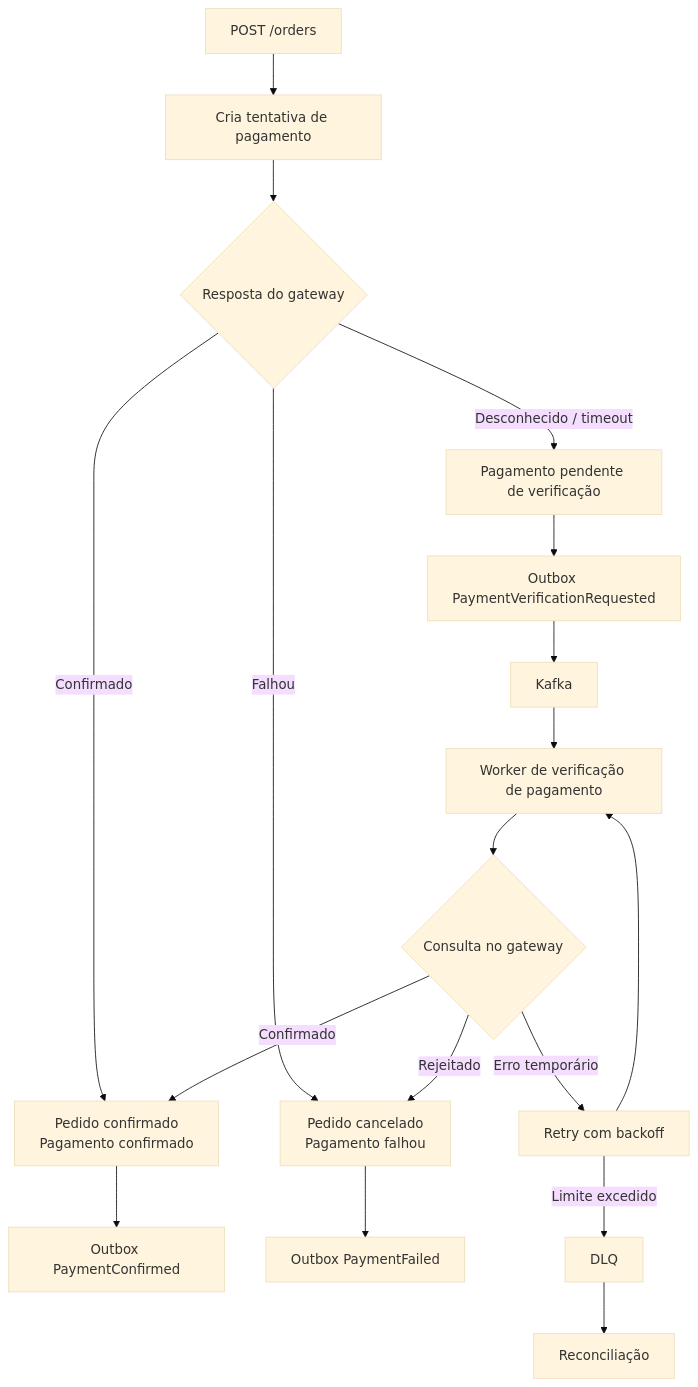
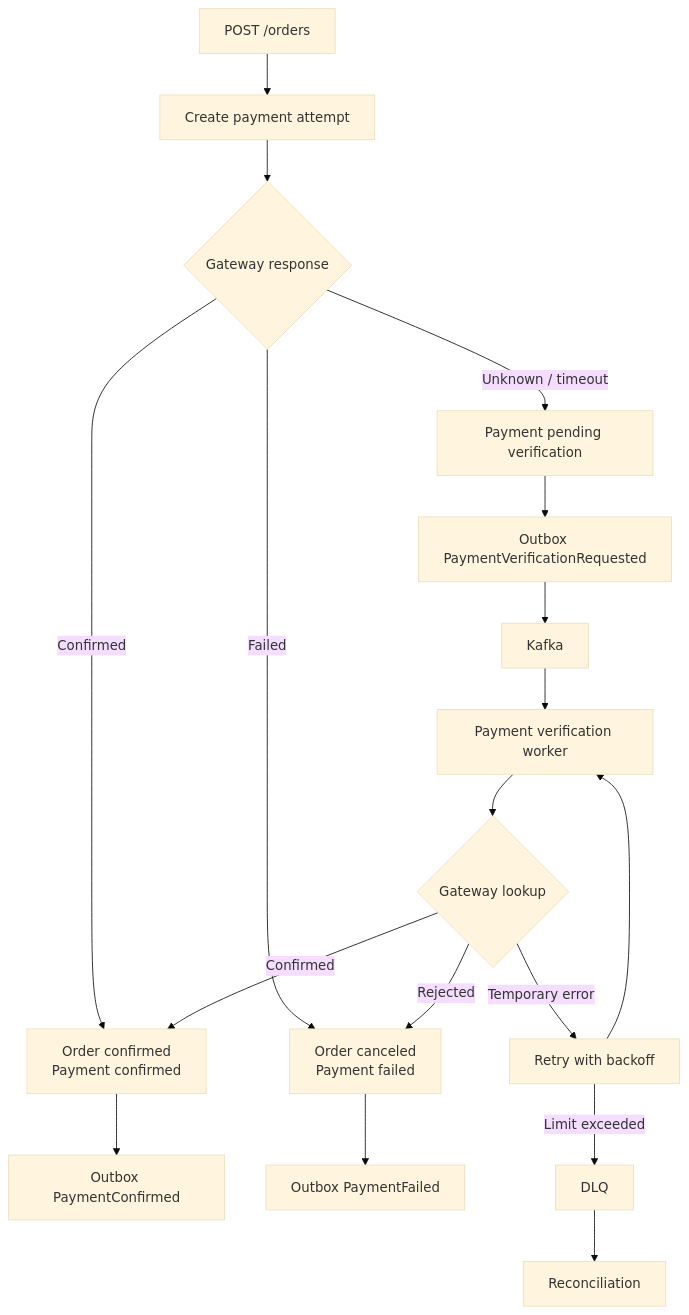
The third of 3 diagrams in event-driven-order-processing-system-main/fullstack-system-design-playbook/docs/backend-architecture.md (Thiago771414/event-driven-order-processing-system), drawn with Mermaid (base theme) before and after one commit. The commit also changed other lines of this file and 19 other files, not shown here.

````diff
--- a/event-driven-order-processing-system-main/fullstack-system-design-playbook/docs/backend-architecture.md
+++ b/event-driven-order-processing-system-main/fullstack-system-design-playbook/docs/backend-architecture.md
@@ -129,20 +129,20 @@
 ```mermaid
 flowchart TD
-  A[POST /orders] --> B[Cria tentativa de pagamento]
-  B --> C{Resposta do gateway}
-  C -->|Confirmado| D[Pedido confirmado<br/>Pagamento confirmado]
-  C -->|Falhou| E[Pedido cancelado<br/>Pagamento falhou]
-  C -->|Desconhecido / timeout| F[Pagamento pendente de verificação]
+  A[POST /orders] --> B[Create payment attempt]
+  B --> C{Gateway response}
+  C -->|Confirmed| D[Order confirmed<br/>Payment confirmed]
+  C -->|Failed| E[Order canceled<br/>Payment failed]
+  C -->|Unknown / timeout| F[Payment pending verification]
   D --> G[Outbox PaymentConfirmed]
   E --> H[Outbox PaymentFailed]
   F --> I[Outbox PaymentVerificationRequested]
   I --> J[Kafka]
-  J --> K[Worker de verificação de pagamento]
-  K --> L{Consulta no gateway}
-  L -->|Confirmado| D
-  L -->|Rejeitado| E
-  L -->|Erro temporário| M[Retry com backoff]
+  J --> K[Payment verification worker]
+  K --> L{Gateway lookup}
+  L -->|Confirmed| D
+  L -->|Rejected| E
+  L -->|Temporary error| M[Retry with backoff]
   M --> K
-  M -->|Limite excedido| N[DLQ]
-  N --> O[Reconciliação]
+  M -->|Limit exceeded| N[DLQ]
+  N --> O[Reconciliation]
 ```
````
